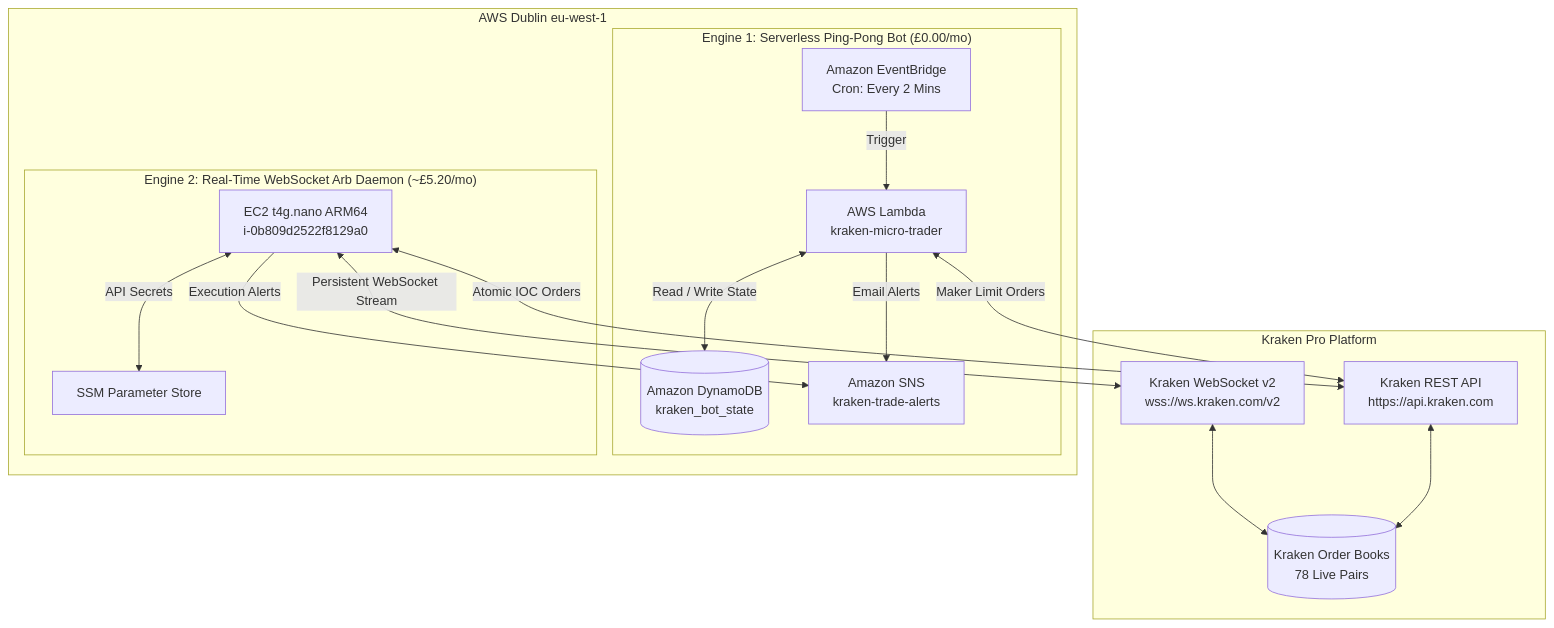
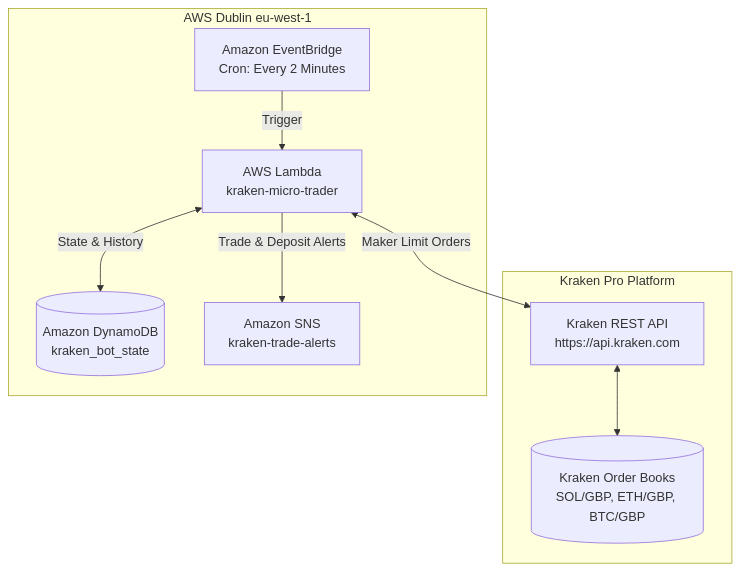
One commit to Steven-Robinson/kraken-micro-trader changed the diagram in README.md. Above: the diagram before and after it, drawn with Mermaid. The commit also changed other lines of this file and 20 other files, not shown here.

````diff
--- a/README.md
+++ b/README.md
@@ -21,28 +19,16 @@
 ```mermaid
 flowchart TD
     subgraph KRAKEN ["Kraken Pro Platform"]
-        KWS["Kraken WebSocket v2<br/>wss://ws.kraken.com/v2"]
         KREST["Kraken REST API<br/>https://api.kraken.com"]
-        KOB[("Kraken Order Books<br/>78 Live Pairs")]
+        KOB[("Kraken Order Books<br/>SOL/GBP, ETH/GBP, BTC/GBP")]
     end
 
     subgraph AWS ["AWS Dublin eu-west-1"]
-        subgraph ENGINE1 ["Engine 1: Serverless Ping-Pong Bot (£0.00/mo)"]
-            EB["Amazon EventBridge<br/>Cron: Every 2 Mins"] -->|Trigger| L["AWS Lambda<br/>kraken-micro-trader"]
-            L <-->|Read / Write State| DDB[("Amazon DynamoDB<br/>kraken_bot_state")]
-            L -->|Email Alerts| SNS["Amazon SNS<br/>kraken-trade-alerts"]
-            L <-->|Maker Limit Orders| KREST
-        end
-
-        subgraph ENGINE2 ["Engine 2: Real-Time WebSocket Arb Daemon (~£5.20/mo)"]
-            EC2["EC2 t4g.nano ARM64<br/>i-0b809d2522f8129a0"]
-            EC2 <-->|Persistent WebSocket Stream| KWS
-            EC2 <-->|API Secrets| SSM["SSM Parameter Store"]
-            EC2 -->|Execution Alerts| SNS
-            EC2 <-->|Atomic IOC Orders| KREST
-        end
+        EB["Amazon EventBridge<br/>Cron: Every 2 Minutes"] -->|Trigger| L["AWS Lambda<br/>kraken-micro-trader"]
+        L <-->|State & History| DDB[("Amazon DynamoDB<br/>kraken_bot_state")]
+        L -->|Trade & Deposit Alerts| SNS["Amazon SNS<br/>kraken-trade-alerts"]
+        L <-->|Maker Limit Orders| KREST
     end
 
-    KWS <--> KOB
     KREST <--> KOB
 ```
````
